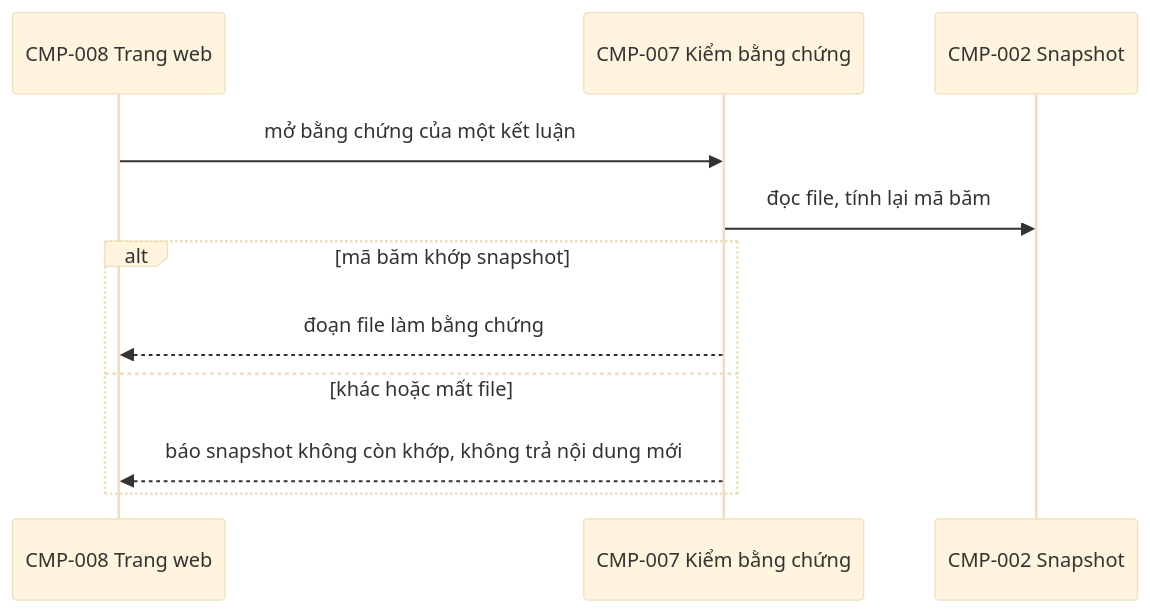
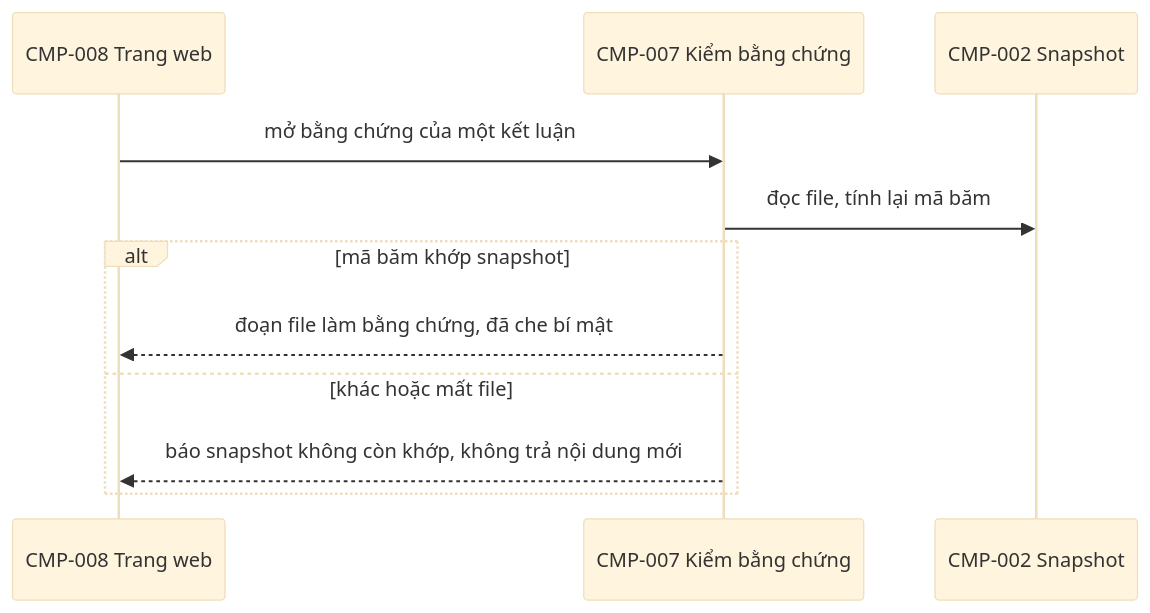
Before and after one commit to nchoang1004/l3-generator-fr029: the second of 2 diagrams in .aide/architecture/l2/CMP-L3GEN-007.md, drawn with Mermaid (base theme). The commit also changed other lines of this file and 24 other files, not shown here.

Commit message:
docs: update architecture and Gate 1 baselines

````diff
--- a/.aide/architecture/l2/CMP-L3GEN-007.md
+++ b/.aide/architecture/l2/CMP-L3GEN-007.md
@@ -72,13 +76,13 @@
 ```mermaid
 sequenceDiagram
     participant P as CMP-008 Trang web
     participant E as CMP-007 Kiểm bằng chứng
     participant S as CMP-002 Snapshot
     P->>E: mở bằng chứng của một kết luận
     E->>S: đọc file, tính lại mã băm
     alt mã băm khớp snapshot
-        E-->>P: đoạn file làm bằng chứng
+        E-->>P: đoạn file làm bằng chứng, đã che bí mật
     else khác hoặc mất file
         E-->>P: báo snapshot không còn khớp, không trả nội dung mới
     end
 ```
````
